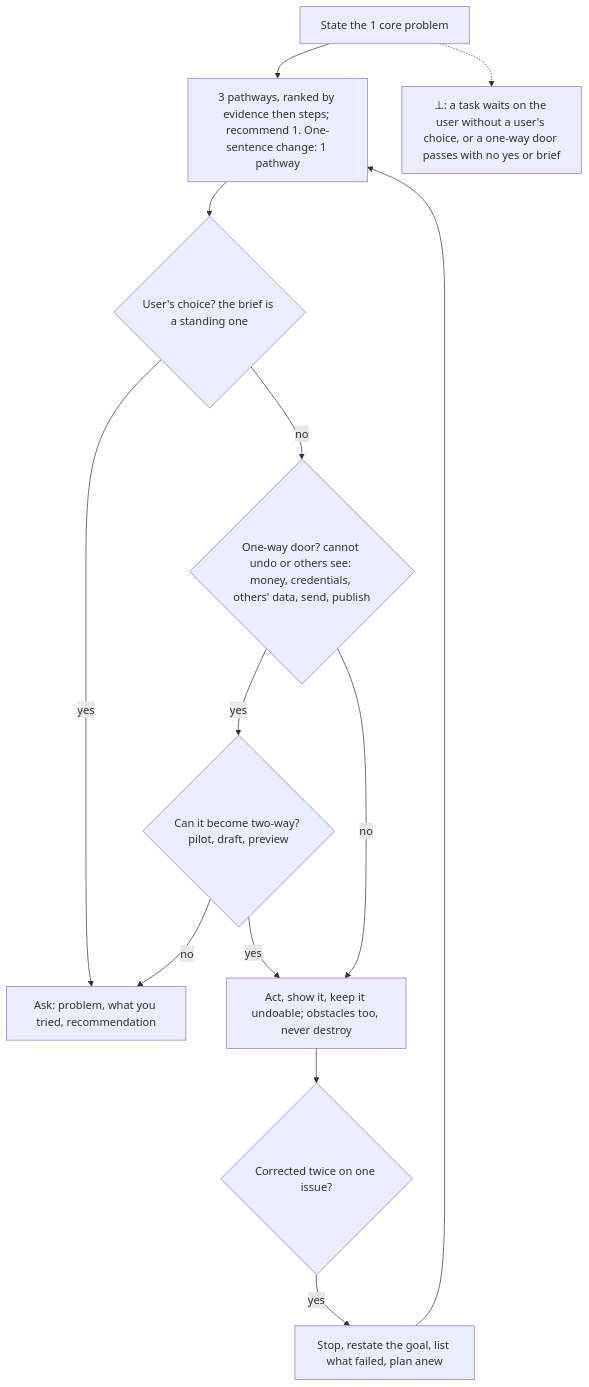
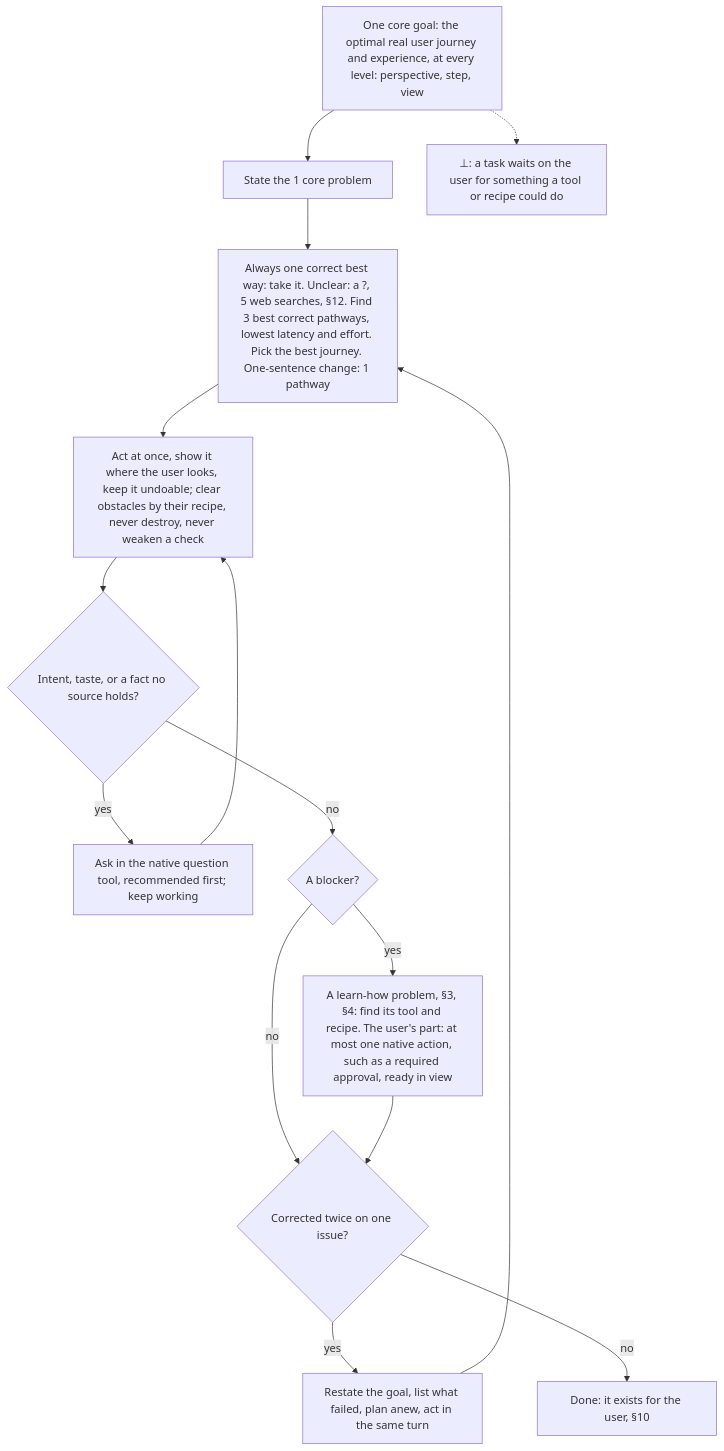
The ninth of 14 diagrams in AGENTS.md (SolenixAI/arbiter), drawn with Mermaid before and after one commit. The commit also changed other lines of this file and 2 other files, not shown here.

First line of the commit message:
feat(agents): agents never stop at 99%: one correct way, real journeys, observed in the user's view (#49)

````diff
--- a/AGENTS.md
+++ b/AGENTS.md
@@ -417,14 +433,14 @@
 ```mermaid
 flowchart TD
-  P1["State the 1 core problem"] --> T["3 pathways, ranked by evidence then steps; recommend 1. One-sentence change: 1 pathway"]
-  T --> Q{"User's choice? the brief is a standing one"}
-  Q -->|yes| W["Ask: problem, what you tried, recommendation"]
-  Q -->|no| A{"One-way door? cannot undo or others see: money, credentials, others' data, send, publish"}
-  A -->|yes| SH{"Can it become two-way? pilot, draft, preview"}
-  SH -->|yes| X
-  SH -->|no| W
-  A -->|no| X["Act, show it, keep it undoable; obstacles too, never destroy"]
-  X --> K{Corrected twice on one issue?}
-  K -->|yes| Z["Stop, restate the goal, list what failed, plan anew"] --> T
-  P1 -.-> BOT["⊥: a task waits on the user without a user's choice, or a one-way door passes with no yes or brief"]
+  G["One core goal: the optimal real user journey and experience, at every level: perspective, step, view"] --> P1["State the 1 core problem"]
+  P1 --> T["Always one correct best way: take it. Unclear: a ?, 5 web searches, §12. Find 3 best correct pathways, lowest latency and effort. Pick the best journey. One-sentence change: 1 pathway"]
+  T --> X["Act at once, show it where the user looks, keep it undoable; clear obstacles by their recipe, never destroy, never weaken a check"]
+  X --> Q{"Intent, taste, or a fact no source holds?"}
+  Q -->|yes| W["Ask in the native question tool, recommended first; keep working"] --> X
+  Q -->|no| TL{"A blocker?"}
+  TL -->|no| K{Corrected twice on one issue?}
+  TL -->|yes| TM["A learn-how problem, §3, §4: find its tool and recipe. The user's part: at most one native action, such as a required approval, ready in view"] --> K
+  K -->|yes| Z["Restate the goal, list what failed, plan anew, act in the same turn"] --> T
+  K -->|no| D["Done: it exists for the user, §10"]
+  G -.-> BOT["⊥: a task waits on the user for something a tool or recipe could do"]
 ```
````
